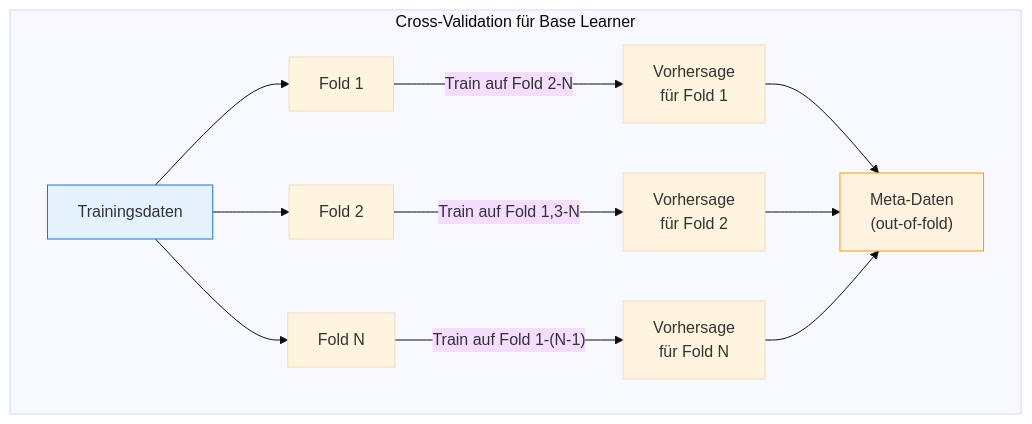
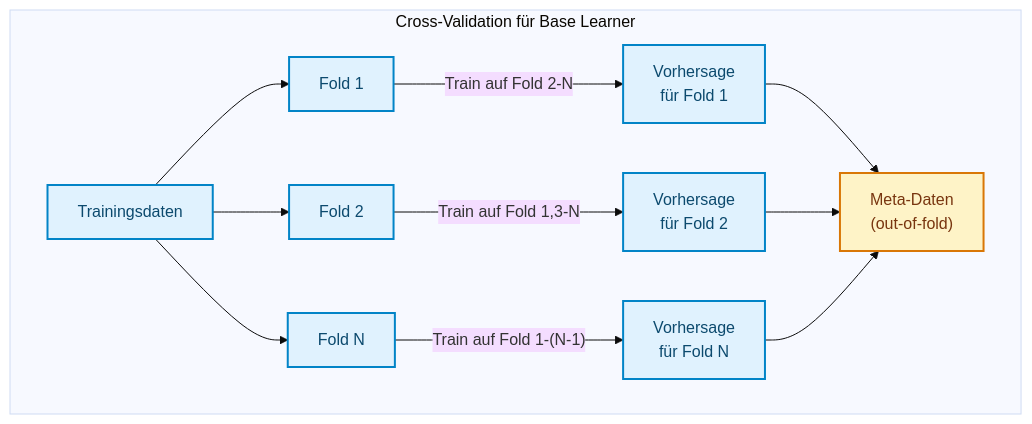
The eighth of 9 diagrams in docs/concepts/modeling/stacking.md (ralf-42/ML_Intro), drawn with Mermaid (base theme) before and after one commit. The commit also changed other lines of this file and 67 other files, not shown here.

````diff
--- a/docs/concepts/modeling/stacking.md
+++ b/docs/concepts/modeling/stacking.md
@@ -281,21 +291,22 @@
 ```mermaid
 flowchart TD
     subgraph CV["Cross-Validation für Base Learner"]
         DATA["Trainingsdaten"]
         
         DATA --> F1["Fold 1"]
         DATA --> F2["Fold 2"]
         DATA --> FN["Fold N"]
         
         F1 --> |"Train auf Fold 2-N"| P1["Vorhersage<br>für Fold 1"]
         F2 --> |"Train auf Fold 1,3-N"| P2["Vorhersage<br>für Fold 2"]
         FN --> |"Train auf Fold 1-(N-1)"| PN["Vorhersage<br>für Fold N"]
         
         P1 --> META["Meta-Daten<br>(out-of-fold)"]
         P2 --> META
         PN --> META
     end
-    
-    style DATA fill:#e3f2fd,stroke:#1976d2
-    style META fill:#fff3e0,stroke:#ff9800
+
+    classDef default fill:#e0f2fe,stroke:#0284c7,stroke-width:2px,color:#0c4a6e;
+    classDef metric fill:#fef3c7,stroke:#d97706,stroke-width:2px,color:#78350f;
+    class META metric;
 ```
````
